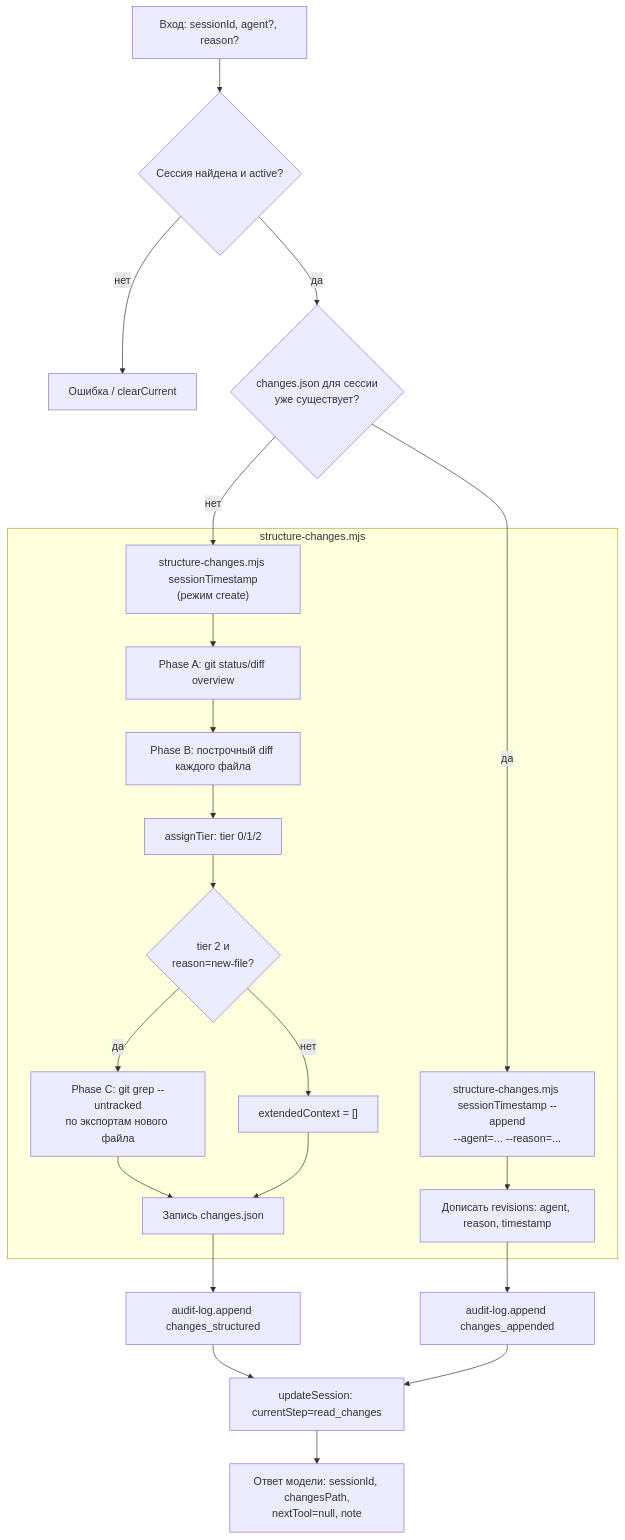
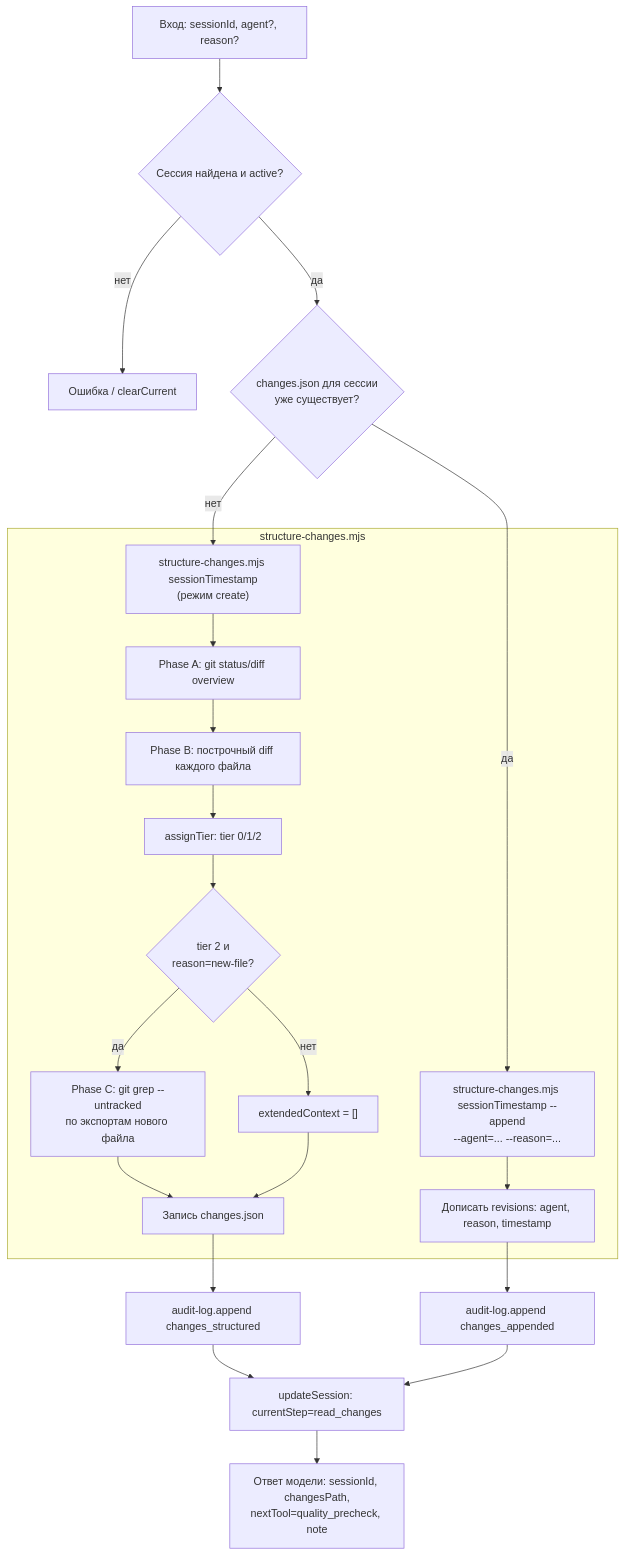
The diagram in packages/sdlc-ship-changes/src/tools/read-changes/README.md (PavelsPolakovs/sdlc-tools), drawn with Mermaid before and after one commit. The commit also changed other lines of this file and 46 other files, not shown here.

Commit message:
Add quality_precheck tool with working lint/prettier/typescript checks; refactor session-store and fix read_changes/report edge cases

````diff
--- a/packages/sdlc-ship-changes/src/tools/read-changes/README.md
+++ b/packages/sdlc-ship-changes/src/tools/read-changes/README.md
@@ -7,26 +7,26 @@
 ```mermaid
 flowchart TD
     A[Вход: sessionId, agent?, reason?] --> B{Сессия найдена и active?}
     B -- нет --> B1[Ошибка / clearCurrent]
     B -- да --> C{changes.json для сессии\nуже существует?}
     C -- нет --> D["structure-changes.mjs sessionTimestamp\n(режим create)"]
     C -- да --> E["structure-changes.mjs sessionTimestamp --append\n--agent=... --reason=..."]
 
     subgraph script[structure-changes.mjs]
         D --> F[Phase A: git status/diff overview]
         F --> G[Phase B: построчный diff каждого файла]
         G --> H[assignTier: tier 0/1/2]
         H --> I{tier 2 и\nreason=new-file?}
         I -- да --> J[Phase C: git grep --untracked\nпо экспортам нового файла]
         I -- нет --> K["extendedContext = []"]
         J --> L[Запись changes.json]
         K --> L
         E --> M[Дописать revisions: agent, reason, timestamp]
     end
 
     L --> N[audit-log.append changes_structured]
     M --> N2[audit-log.append changes_appended]
     N --> O[updateSession: currentStep=read_changes]
     N2 --> O
-    O --> P["Ответ модели: sessionId, changesPath,\nnextTool=null, note"]
+    O --> P["Ответ модели: sessionId, changesPath,\nnextTool=quality_precheck, note"]
 ```
````
